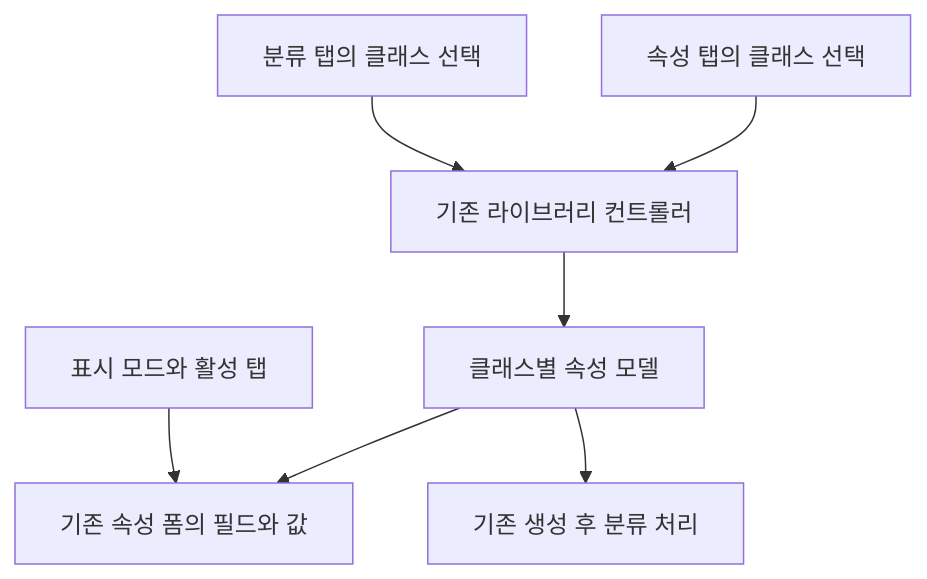
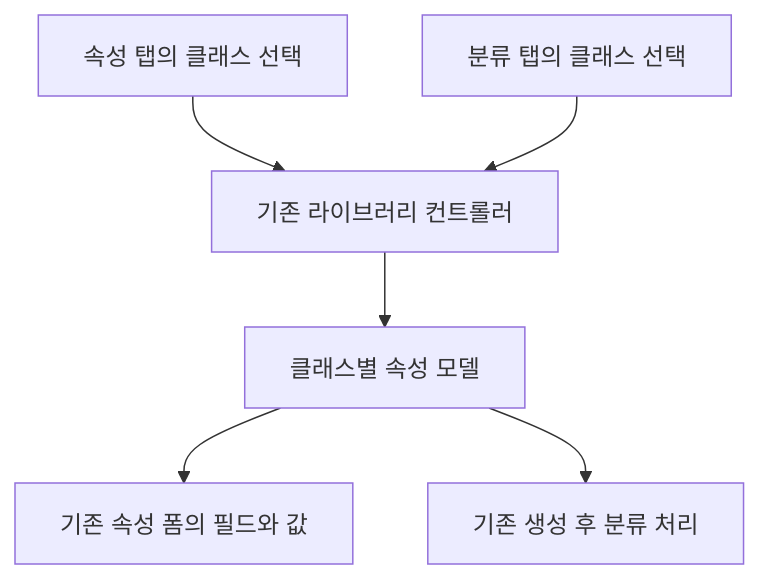
The diagram in enovia/ca-isolated-kit/README.md (Shin-JS/jsjavaex), drawn with Mermaid before and after one commit. The commit also changed other lines of this file and 2 other files, not shown here.

````diff
--- a/enovia/ca-isolated-kit/README.md
+++ b/enovia/ca-isolated-kit/README.md
@@ -69,9 +69,8 @@
 ```mermaid
 flowchart TD
     P["속성 탭의 클래스 선택"] --> L["기존 라이브러리 컨트롤러"]
     C["분류 탭의 클래스 선택"] --> L
     L --> M["클래스별 속성 모델"]
     M --> F["기존 속성 폼의 필드와 값"]
     M --> S["기존 생성 후 분류 처리"]
-    T["표시 모드와 활성 탭"] --> F
 ```
````
